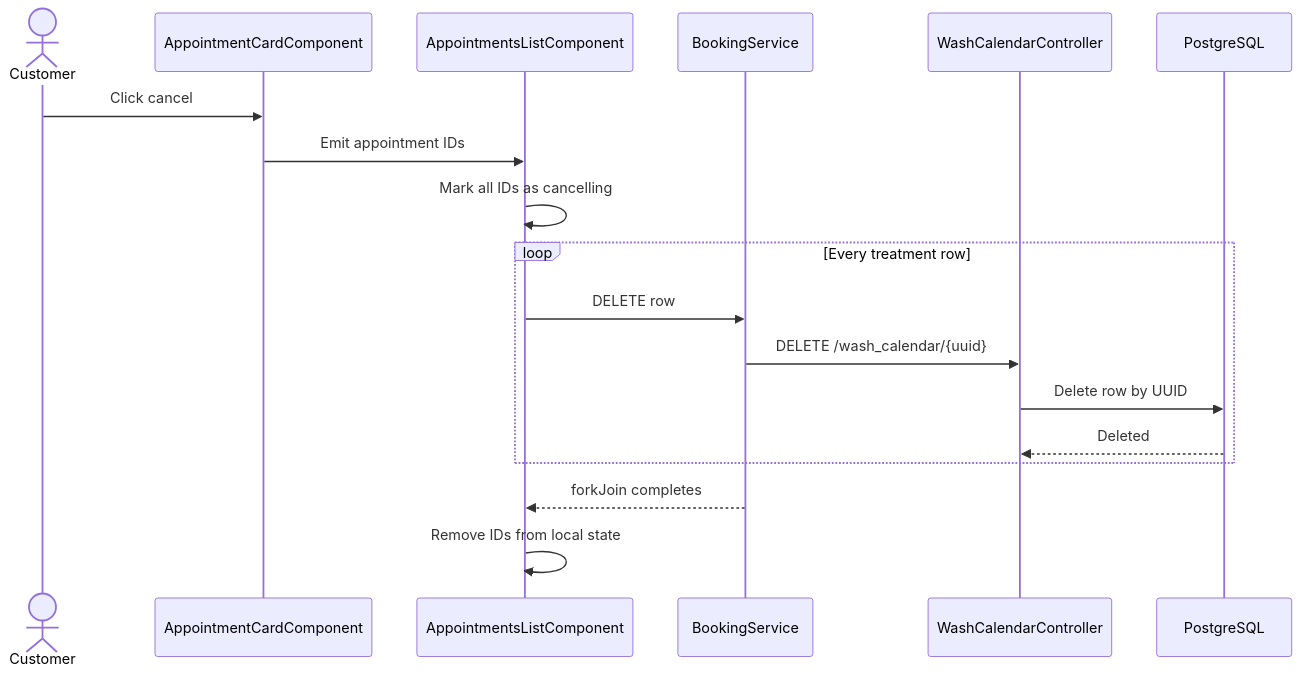
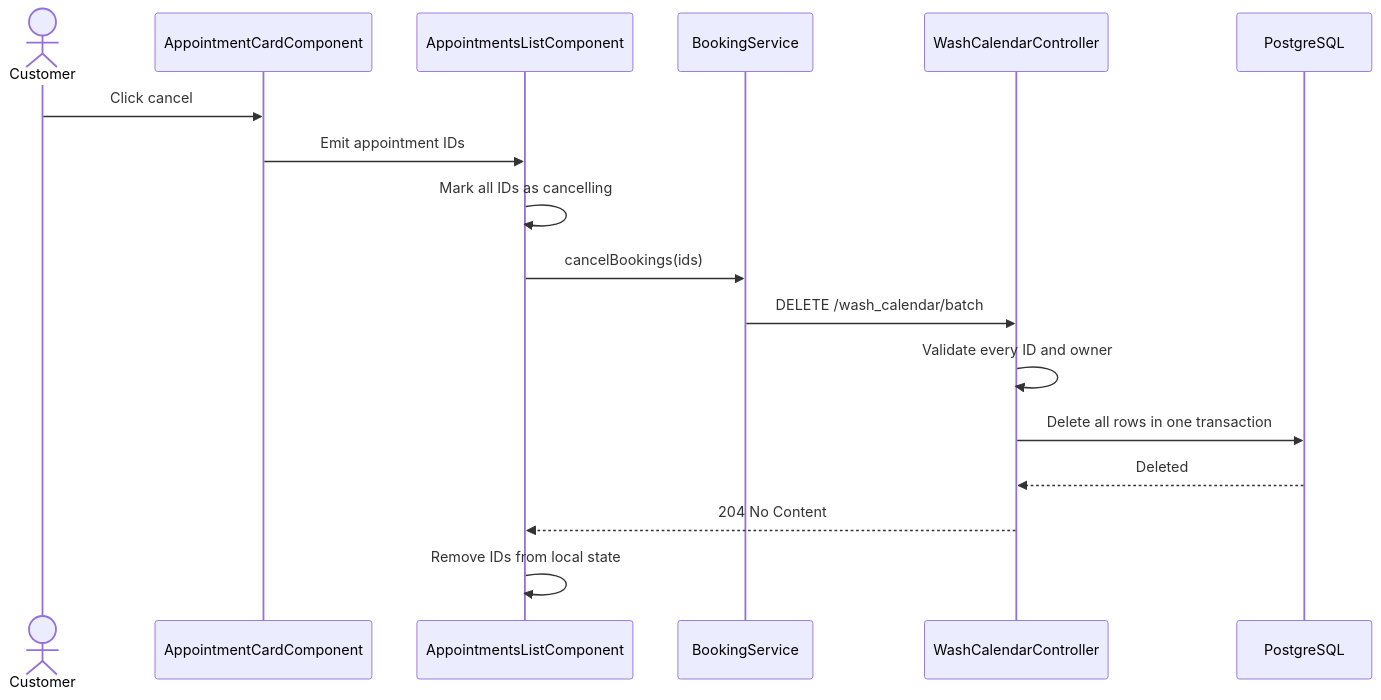
One commit to yassineao/poetsanders changed diagram 12 of 17 in README.md. Above: the diagram before and after it, drawn with Mermaid. The commit also changed other lines of this file and 39 other files, not shown here.

````diff
--- a/README.md
+++ b/README.md
@@ -738,23 +781,21 @@
 ```mermaid
 sequenceDiagram
     actor Customer
     participant Card as AppointmentCardComponent
     participant List as AppointmentsListComponent
     participant Client as BookingService
     participant API as WashCalendarController
     participant DB as PostgreSQL
 
     Customer->>Card: Click cancel
     Card->>List: Emit appointment IDs
     List->>List: Mark all IDs as cancelling
 
-    loop Every treatment row
-        List->>Client: DELETE row
-        Client->>API: DELETE /wash_calendar/{uuid}
-        API->>DB: Delete row by UUID
-        DB-->>API: Deleted
-    end
-
-    Client-->>List: forkJoin completes
+    List->>Client: cancelBookings(ids)
+    Client->>API: DELETE /wash_calendar/batch
+    API->>API: Validate every ID and owner
+    API->>DB: Delete all rows in one transaction
+    DB-->>API: Deleted
+    API-->>List: 204 No Content
     List->>List: Remove IDs from local state
 ```
````
